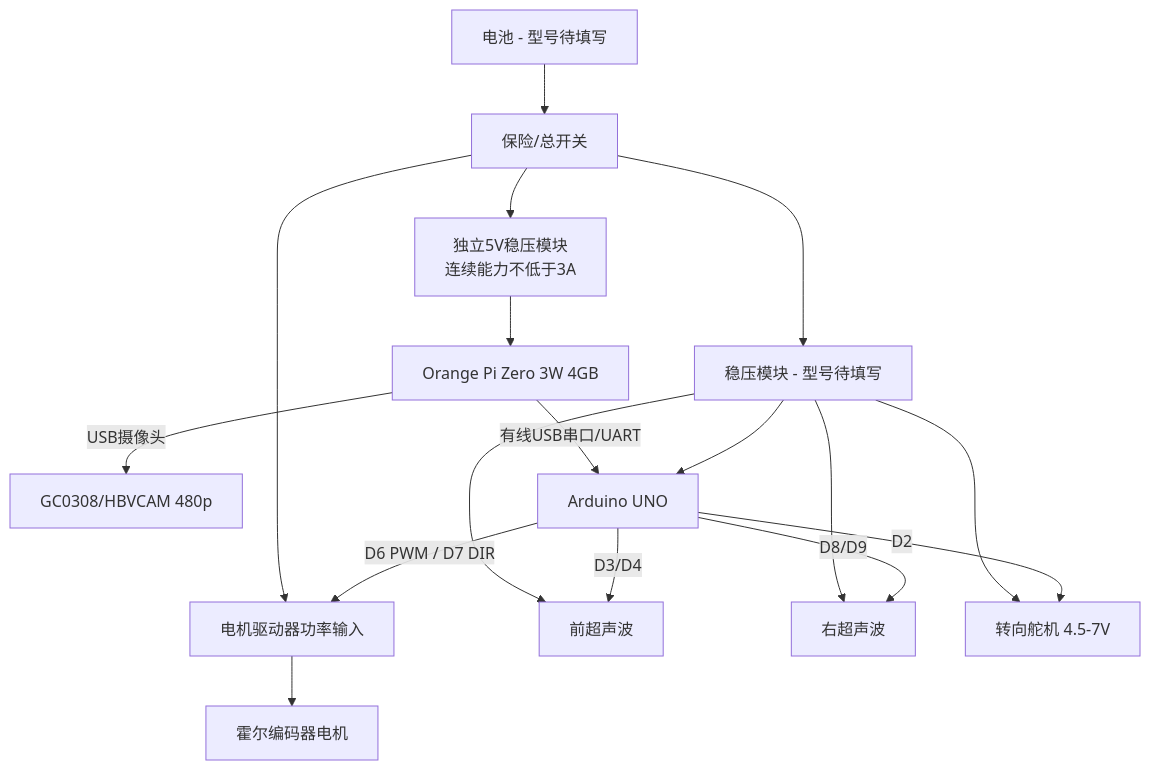
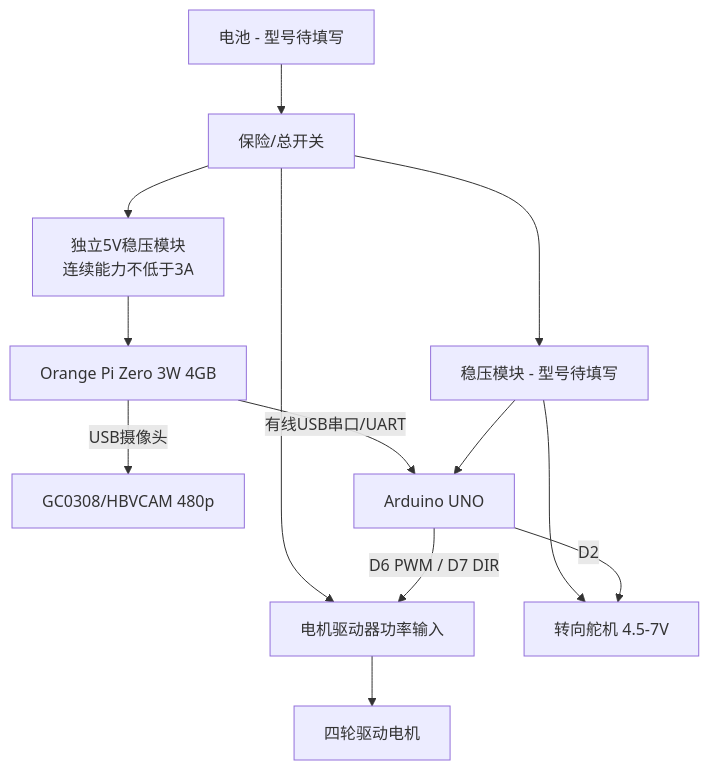
One commit to chinaxueyuannew/wro2026-nanjingBSSN changed the diagram in schemes原理图/wiring.md. Above: the diagram before and after it, drawn with Mermaid. The commit also changed other lines of this file and 20 other files, not shown here.

````diff
--- a/schemes原理图/wiring.md
+++ b/schemes原理图/wiring.md
@@ -35,19 +35,15 @@
 ```mermaid
 flowchart TD
   B[电池 - 型号待填写] --> F[保险/总开关]
   F --> MD[电机驱动器功率输入]
-  MD --> M[霍尔编码器电机]
+  MD --> M[四轮驱动电机]
   F --> REG[稳压模块 - 型号待填写]
   F --> REG5[独立5V稳压模块\n连续能力不低于3A]
   REG5 --> OPI[Orange Pi Zero 3W 4GB]
   OPI -->|USB摄像头| CAM[GC0308/HBVCAM 480p]
   OPI -->|有线USB串口/UART| UNO
   REG --> UNO[Arduino UNO]
-  REG --> US1[前超声波]
-  REG --> US2[右超声波]
   REG --> SV[转向舵机 4.5-7V]
   UNO -->|D6 PWM / D7 DIR| MD
   UNO -->|D2| SV
-  UNO -->|D3/D4| US1
-  UNO -->|D8/D9| US2
 ```
````
